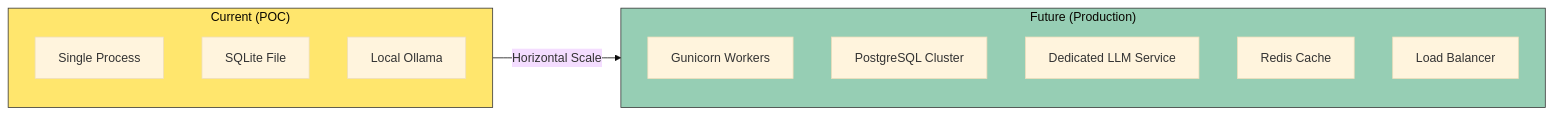
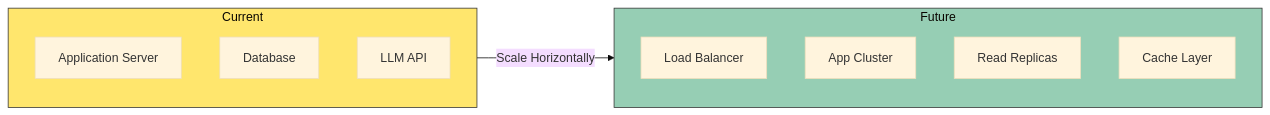
Before and after one commit to Vegitime-bot/Requirement_management: the seventh of 7 diagrams in docs/ARCHITECTURE.md, drawn with Mermaid (base theme). The commit also changed other lines of this file and 2 other files, not shown here.

````diff
--- a/docs/ARCHITECTURE.md
+++ b/docs/ARCHITECTURE.md
@@ -288,21 +258,20 @@
 ```mermaid
 graph LR
-    subgraph Current["Current (POC)"]
-        A1["Single Process"]
-        B1["SQLite File"]
-        C1["Local Ollama"]
+    subgraph Current["Current"]
+        A1["Application Server"]
+        B1["Database"]
+        C1["LLM API"]
     end
 
-    subgraph Future["Future (Production)"]
-        A2["Gunicorn Workers"]
-        B2["PostgreSQL Cluster"]
-        C2["Dedicated LLM Service"]
-        D2["Redis Cache"]
-        E2["Load Balancer"]
+    subgraph Future["Future"]
+        A2["Load Balancer"]
+        B2["App Cluster"]
+        C2["Read Replicas"]
+        D2["Cache Layer"]
     end
 
-    Current --"Horizontal Scale"--> Future
+    Current --"Scale Horizontally"--> Future
 
     style Current fill:#FFE66D,stroke:#333
     style Future fill:#96CEB4,stroke:#333
 ```
````
